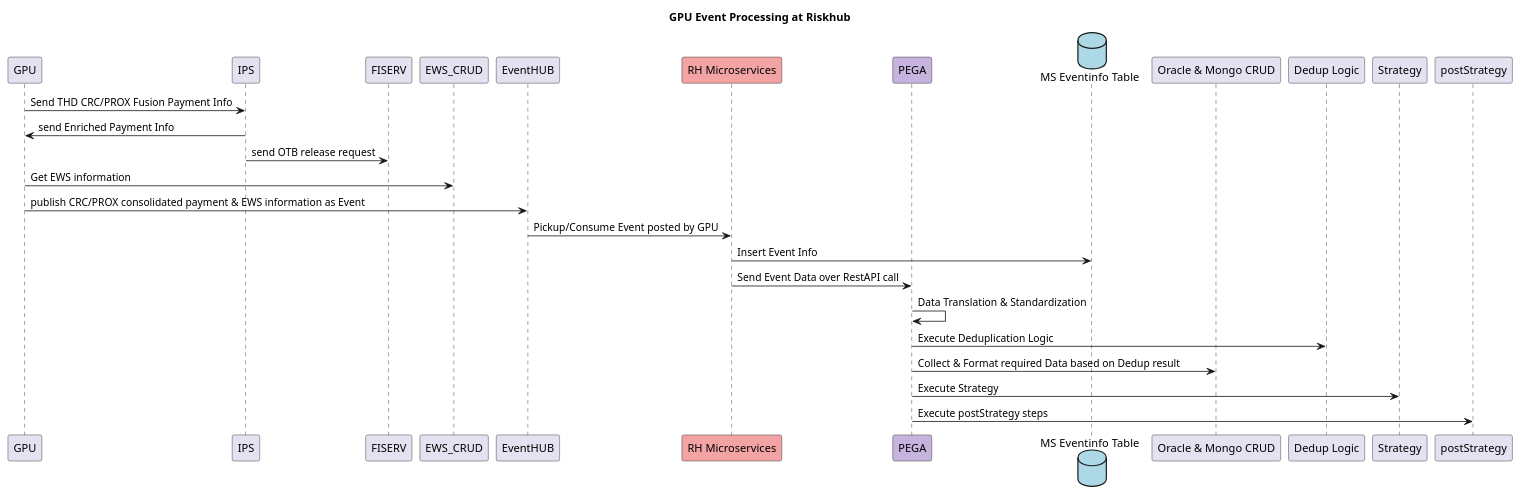
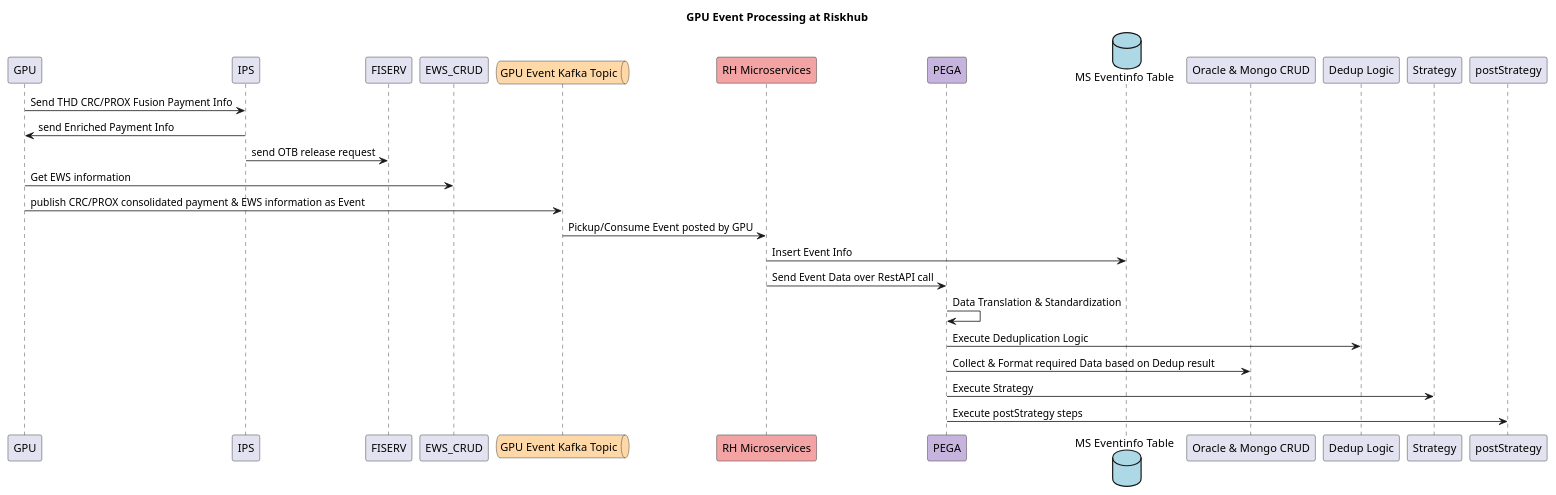
Before and after one commit to sasinandan/Kafka: the diagram in apiApproach.puml, drawn with PlantUML.

```diff
--- a/apiApproach.puml
+++ b/apiApproach.puml
@@ -1,37 +1,37 @@
 @startuml
 
 title GPU Event Processing at Riskhub
 
 participant "GPU" as GPU
 participant "IPS" as IPS
 participant "FISERV" as FISERV
 participant "EWS_CRUD" as EWS_CRUD
-participant "EventHUB" as EventHUB
+queue "GPU Event Kafka Topic" as EventHUB #FFD8A8
 
 participant "RH Microservices" as RH_Microservices #F3A3A3
 participant "PEGA" as PEGA #C7B4DE
 database "MS Eventinfo Table" as MS_Eventinfo #LightBlue
 
 participant "Oracle & Mongo CRUD" as Oracle_Mongo_CRUD
 participant "Dedup Logic" as Dedup_Logic
 participant "Strategy" as Strategy
 participant "postStrategy" as postStrategy
 
 GPU -> IPS : Send THD CRC/PROX Fusion Payment Info
 IPS -> GPU : send Enriched Payment Info
 IPS -> FISERV : send OTB release request
 GPU -> EWS_CRUD : Get EWS information
 GPU -> EventHUB : publish CRC/PROX consolidated payment & EWS information as Event
 EventHUB -> RH_Microservices : Pickup/Consume Event posted by GPU
 
 RH_Microservices -> MS_Eventinfo : Insert Event Info
 RH_Microservices -> PEGA : Send Event Data over RestAPI call
 
 PEGA -> PEGA : Data Translation & Standardization
 PEGA -> Dedup_Logic : Execute Deduplication Logic
 PEGA -> Oracle_Mongo_CRUD : Collect & Format required Data based on Dedup result
 
 PEGA -> Strategy : Execute Strategy
 PEGA -> postStrategy : Execute postStrategy steps
 
 @enduml
```
